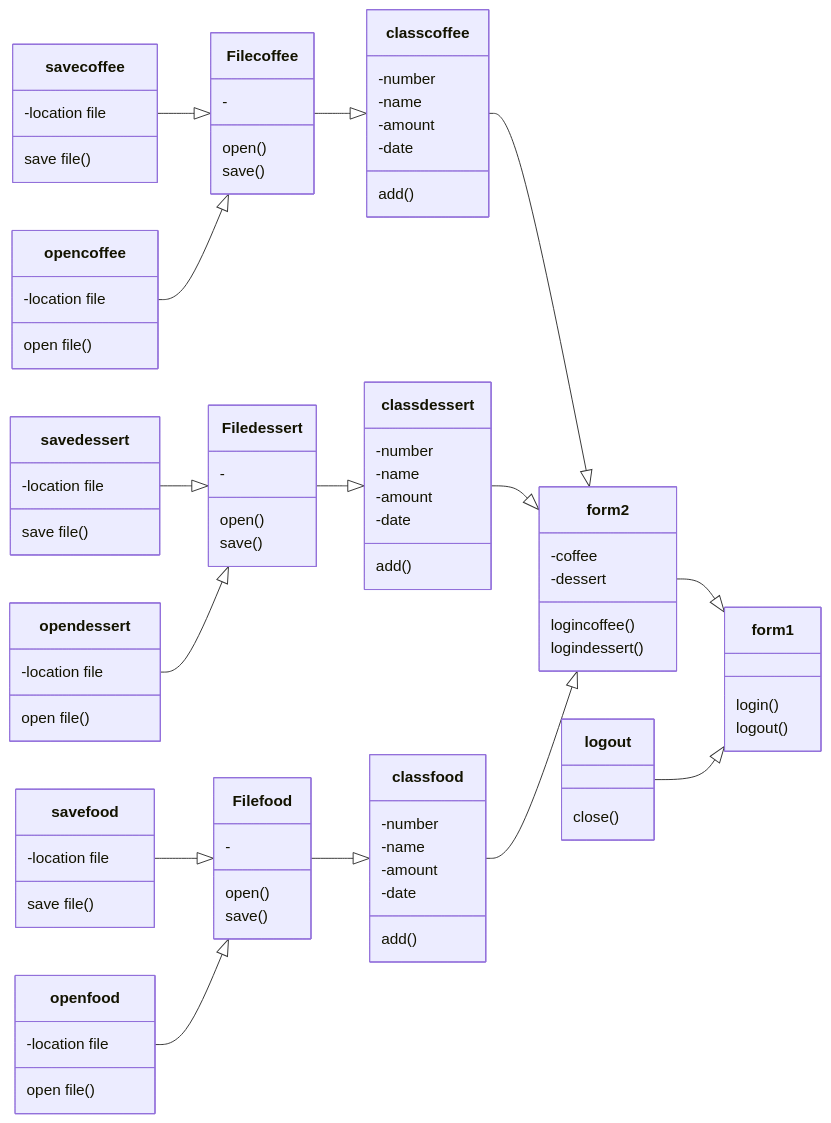
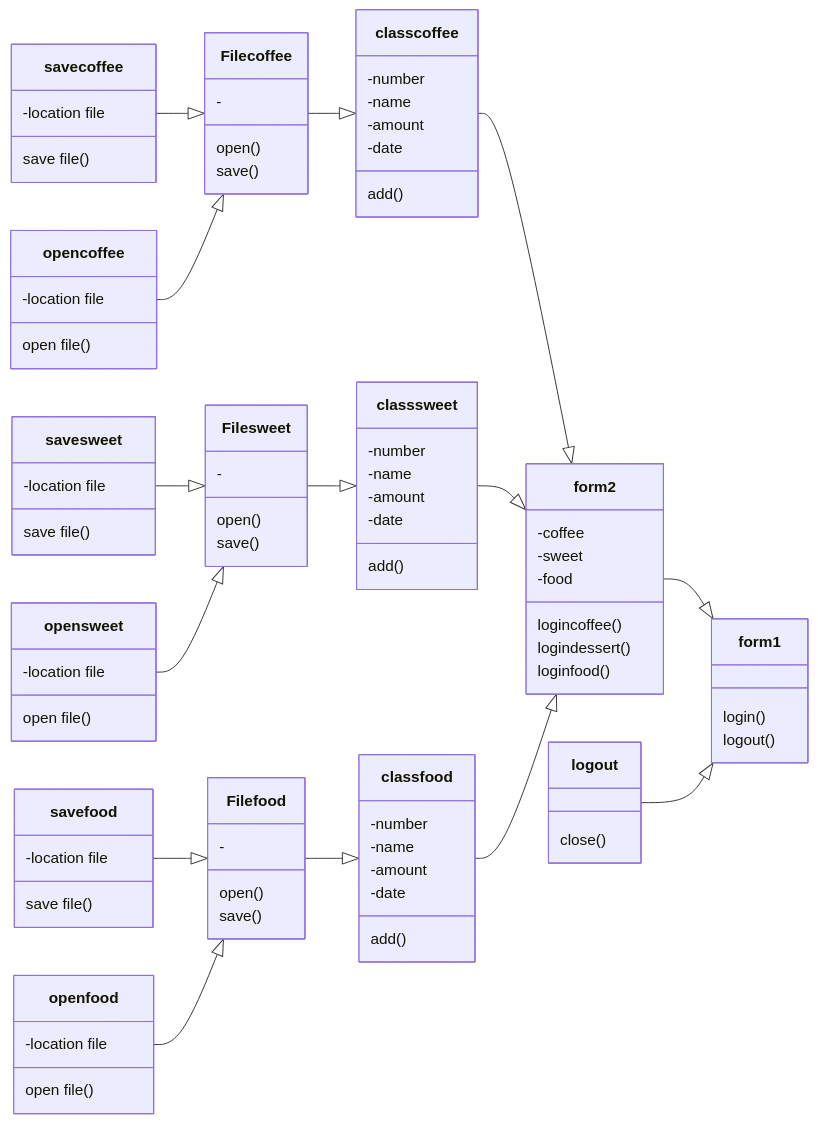
The diagram in Project Final/README.md (Syxsaran/FinalProject), drawn with Mermaid before and after one commit. The commit also changed other lines of this file, not shown here.

```diff
--- a/Project Final/README.md
+++ b/Project Final/README.md
@@ -20,9 +21,11 @@
   }
   class form2{
   -coffee
-  -dessert
+  -sweet
+  -food
   logincoffee()
   logindessert()
+  loginfood()
   }
   class classcoffee{
   -number
@@ -31,7 +34,7 @@
   -date
   add()
   }
-  class classdessert{
+  class classsweet{
   -number
   -name
   -amount
@@ -50,7 +53,7 @@
   open()
   save()
   }
-  class Filedessert{
+  class Filesweet{
   -
   open()
   save()
@@ -60,11 +63,11 @@
   open()
   save()
   }
-  class opendessert{
+  class opensweet{
   -location file
   open file()
   }
-  class savedessert{
+  class savesweet{
   -location file
   save file()
   }
@@ -91,15 +94,15 @@
   savecoffee --|> Filecoffee
   opencoffee --|> Filecoffee
   
-  savedessert --|> Filedessert
-  opendessert --|> Filedessert
+  savesweet --|> Filesweet
+  opensweet --|> Filesweet
   
-  Filedessert --|> classdessert
+  Filesweet --|> classsweet
   Filecoffee --|> classcoffee
   Filefood --|> classfood
   
   classcoffee --|> form2
-  classdessert --|> form2
+  classsweet --|> form2
   classfood --|> form2
 
   
```
